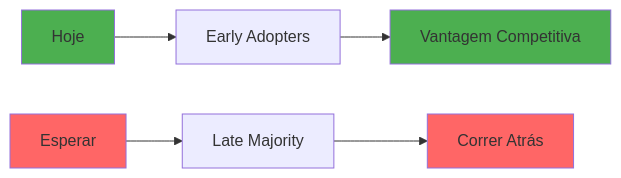
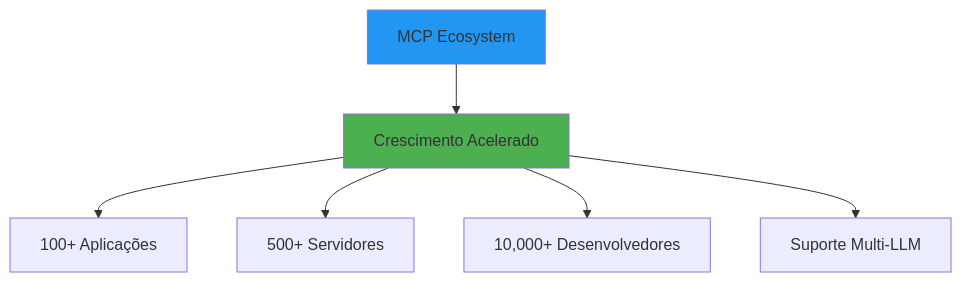
Before and after one commit to felipepimentel/my-public-notes: the ninth of 17 diagrams in AI/Comunicação/MCP/00-mcp-presentation-zero to hero.md, drawn with Mermaid. The commit also changed other lines of this file, not shown here.

````diff
--- a/AI/Comunicação/MCP/00-mcp-presentation-zero to hero.md
+++ b/AI/Comunicação/MCP/00-mcp-presentation-zero to hero.md
@@ -268,13 +245,12 @@
 ```mermaid
-graph LR
-    TODAY[Hoje] --> EARLY[Early Adopters]
-    EARLY --> ADV[Vantagem Competitiva]
+graph TD
+    ECO[MCP Ecosystem] --> GROWTH[Crescimento Acelerado]
     
-    WAIT[Esperar] --> LATE[Late Majority]
-    LATE --> CATCH[Correr Atrás]
+    GROWTH --> G1[100+ Aplicações]
+    GROWTH --> G2[500+ Servidores]
+    GROWTH --> G3[10,000+ Desenvolvedores]
+    GROWTH --> G4[Suporte Multi-LLM]
     
-    style TODAY fill:#4CAF50
-    style ADV fill:#4CAF50
-    style WAIT fill:#ff6666
-    style CATCH fill:#ff6666
+    style ECO fill:#2196F3
+    style GROWTH fill:#4CAF50
 ```
````
